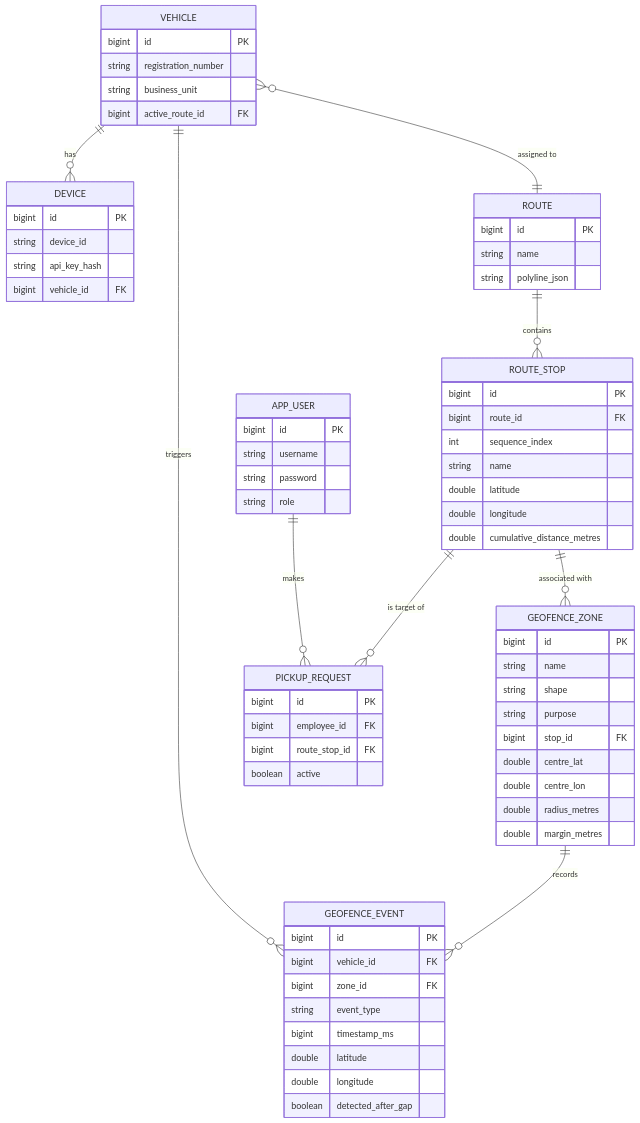
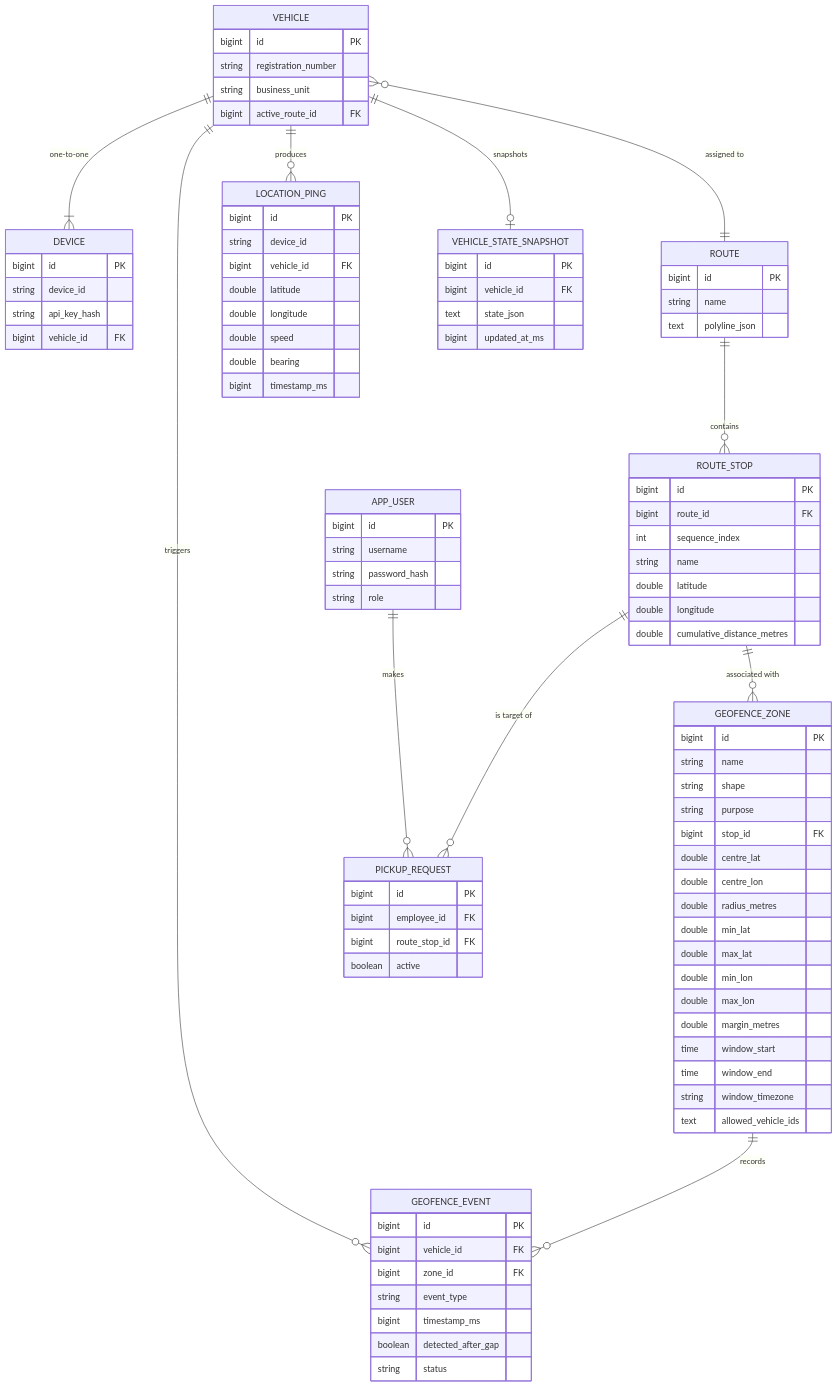
One commit to aman68695613/vehicle-tracking-service changed the diagram in README.md. Above: the diagram before and after it, drawn with Mermaid. The commit also changed other lines of this file and 4 other files, not shown here.

Commit message:
fix: Route lazy-load, Device DTO/key-hash, test assertions, README+Postman corrections

````diff
--- a/README.md
+++ b/README.md
@@ -19,20 +37,20 @@
         string business_unit
         bigint active_route_id FK
     }
-    
+
     DEVICE {
         bigint id PK
         string device_id
         string api_key_hash
         bigint vehicle_id FK
     }
-    
+
     ROUTE {
         bigint id PK
         string name
-        string polyline_json
+        text polyline_json
     }
-    
+
     ROUTE_STOP {
         bigint id PK
         bigint route_id FK
@@ -42,7 +60,7 @@
         double longitude
         double cumulative_distance_metres
     }
-    
+
     GEOFENCE_ZONE {
         bigint id PK
         string name
@@ -52,35 +70,60 @@
         double centre_lat
         double centre_lon
         double radius_metres
+        double min_lat
+        double max_lat
+        double min_lon
+        double max_lon
         double margin_metres
+        time window_start
+        time window_end
+        string window_timezone
+        text allowed_vehicle_ids
     }
-    
+
     APP_USER {
         bigint id PK
         string username
-        string password
+        string password_hash
         string role
     }
-    
+
     PICKUP_REQUEST {
         bigint id PK
         bigint employee_id FK
         bigint route_stop_id FK
         boolean active
     }
-    
+
     GEOFENCE_EVENT {
         bigint id PK
         bigint vehicle_id FK
         bigint zone_id FK
         string event_type
         bigint timestamp_ms
+        boolean detected_after_gap
+        string status
+    }
+
+    LOCATION_PING {
+        bigint id PK
+        string device_id
+        bigint vehicle_id FK
         double latitude
         double longitude
-        boolean detected_after_gap
+        double speed
+        double bearing
+        bigint timestamp_ms
     }
-    
-    VEHICLE ||--o{ DEVICE : "has"
+
+    VEHICLE_STATE_SNAPSHOT {
+        bigint id PK
+        bigint vehicle_id FK
+        text state_json
+        bigint updated_at_ms
+    }
+
+    VEHICLE ||--|{ DEVICE : "one-to-one"
     ROUTE ||--o{ ROUTE_STOP : "contains"
     VEHICLE }o--|| ROUTE : "assigned to"
     ROUTE_STOP ||--o{ GEOFENCE_ZONE : "associated with"
@@ -88,4 +131,6 @@
     ROUTE_STOP ||--o{ PICKUP_REQUEST : "is target of"
     VEHICLE ||--o{ GEOFENCE_EVENT : "triggers"
     GEOFENCE_ZONE ||--o{ GEOFENCE_EVENT : "records"
+    VEHICLE ||--o{ LOCATION_PING : "produces"
+    VEHICLE ||--o| VEHICLE_STATE_SNAPSHOT : "snapshots"
 ```
````
